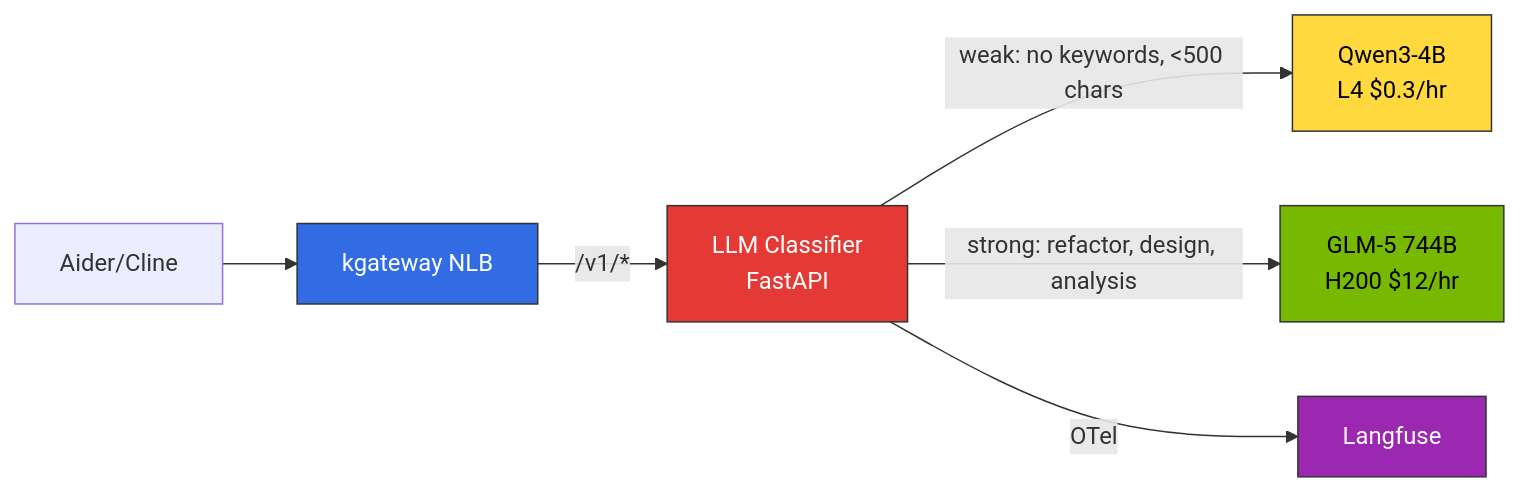
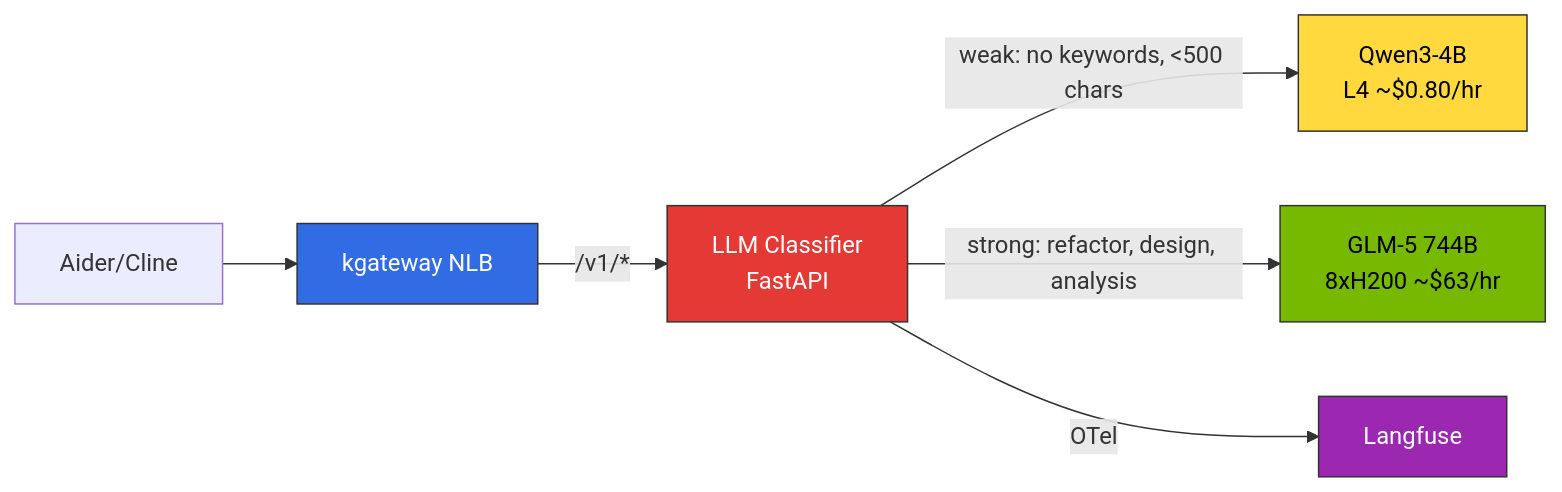
One commit to devfloor9/engineering-playbook changed the second of 3 diagrams in i18n/en/docusaurus-plugin-content-docs/current/agentic-ai-platform/model-serving/inference-routing/request-cascading.md. Above: the diagram before and after it, drawn with Mermaid. The commit also changed other lines of this file and 6 other files, not shown here.

````diff
--- a/i18n/en/docusaurus-plugin-content-docs/current/agentic-ai-platform/model-serving/inference-routing/request-cascading.md
+++ b/i18n/en/docusaurus-plugin-content-docs/current/agentic-ai-platform/model-serving/inference-routing/request-cascading.md
@@ -81,14 +81,14 @@
 ```mermaid
 graph LR
     Client[Aider/Cline] --> KGW[kgateway NLB]
     KGW -->|/v1/*| CLS[LLM Classifier<br/>FastAPI]
-    CLS -->|weak: no keywords, <500 chars| SLM[Qwen3-4B<br/>L4 $0.3/hr]
-    CLS -->|strong: refactor, design, analysis| LLM[GLM-5 744B<br/>H200 $12/hr]
+    CLS -->|weak: no keywords, <500 chars| SLM[Qwen3-4B<br/>L4 ~$0.80/hr]
+    CLS -->|strong: refactor, design, analysis| LLM[GLM-5 744B<br/>8xH200 ~$63/hr]
     CLS -->|OTel| LF[Langfuse]
 
     style KGW fill:#326ce5,stroke:#333,color:#fff
     style CLS fill:#e53935,stroke:#333,color:#fff
     style SLM fill:#ffd93d,stroke:#333,color:#000
     style LLM fill:#76b900,stroke:#333,color:#000
     style LF fill:#9c27b0,stroke:#333,color:#fff
 ```
````
